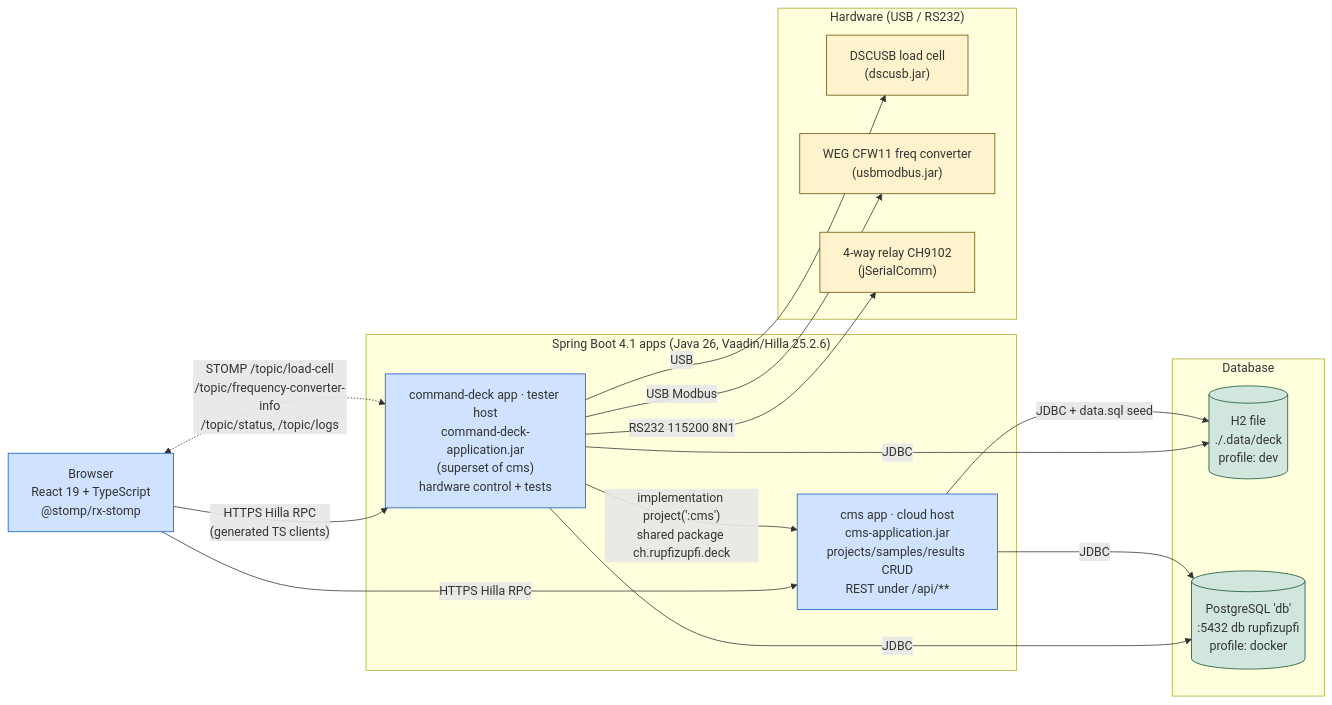
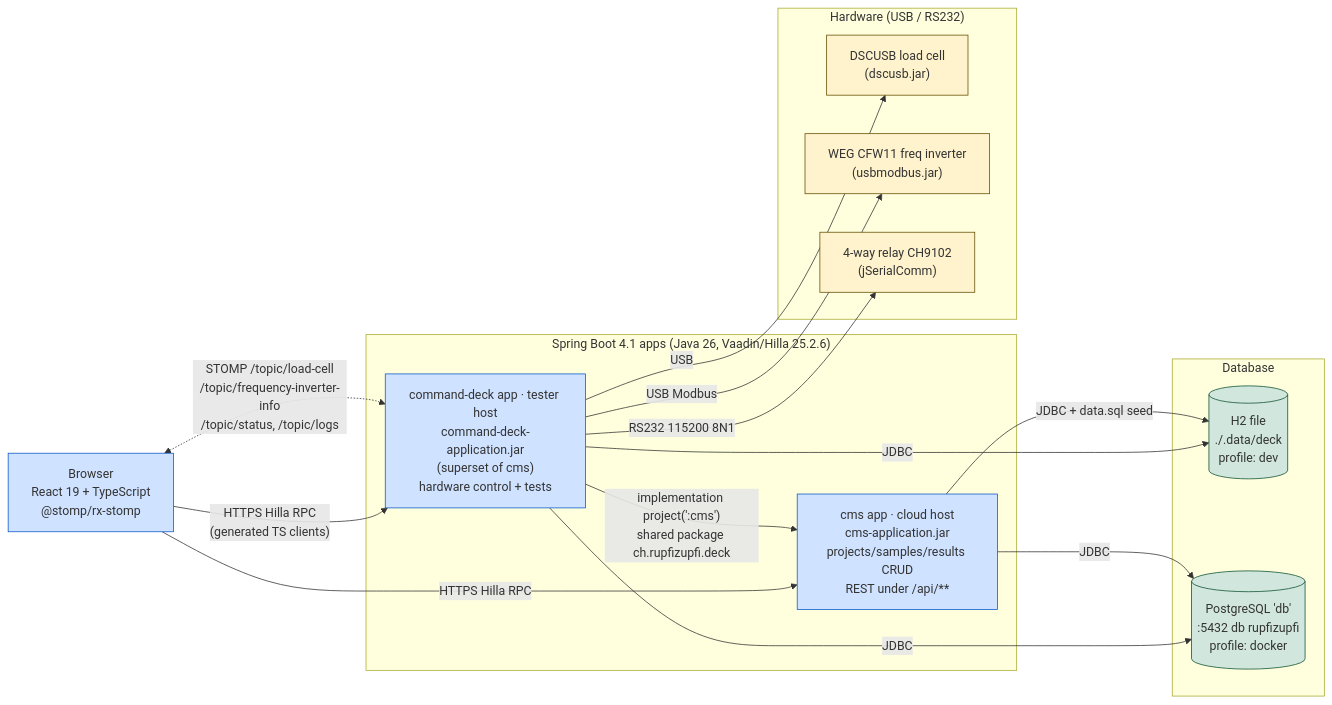
Before and after one commit to rupfizupfi/breaktest-command-deck: the second of 2 diagrams in doc/01-overview/system-architecture.md, drawn with Mermaid. The commit also changed other lines of this file and 29 other files, not shown here.

````diff
--- a/doc/01-overview/system-architecture.md
+++ b/doc/01-overview/system-architecture.md
@@ -54,38 +54,38 @@
 ```mermaid
 flowchart LR
     BR["Browser<br/>React 19 + TypeScript<br/>@stomp/rx-stomp"]:::container
 
     subgraph Apps["Spring Boot 4.1 apps (Java 26, Vaadin/Hilla 25.2.6)"]
         DECK["command-deck app · tester host<br/>command-deck-application.jar<br/>(superset of cms)<br/>hardware control + tests"]:::container
         CMS["cms app · cloud host<br/>cms-application.jar<br/>projects/samples/results CRUD<br/>REST under /api/**"]:::container
     end
 
     subgraph DB["Database"]
         H2[("H2 file<br/>./.data/deck<br/>profile: dev")]:::store
         PG[("PostgreSQL 'db'<br/>:5432 db rupfizupfi<br/>profile: docker")]:::store
     end
 
     subgraph HW["Hardware (USB / RS232)"]
         LC["DSCUSB load cell<br/>(dscusb.jar)"]:::hw
-        CFW["WEG CFW11 freq converter<br/>(usbmodbus.jar)"]:::hw
+        CFW["WEG CFW11 freq inverter<br/>(usbmodbus.jar)"]:::hw
         REL["4-way relay CH9102<br/>(jSerialComm)"]:::hw
     end
 
     BR -- "HTTPS Hilla RPC<br/>(generated TS clients)" --> DECK
     BR -- "HTTPS Hilla RPC" --> CMS
-    BR <-. "STOMP /topic/load-cell<br/>/topic/frequency-converter-info<br/>/topic/status, /topic/logs" .-> DECK
+    BR <-. "STOMP /topic/load-cell<br/>/topic/frequency-inverter-info<br/>/topic/status, /topic/logs" .-> DECK
 
     DECK -- "implementation project(':cms')<br/>shared package ch.rupfizupfi.deck" --> CMS
     DECK -- "JDBC" --> H2
     DECK -- "JDBC" --> PG
     CMS -- "JDBC + data.sql seed" --> H2
     CMS -- "JDBC" --> PG
 
     DECK -- "USB" --> LC
     DECK -- "USB Modbus" --> CFW
     DECK -- "RS232 115200 8N1" --> REL
 
     classDef container fill:#cfe2ff,stroke:#0a58ca
     classDef store fill:#d1e7dd,stroke:#0f5132
     classDef hw fill:#fff3cd,stroke:#664d03
 ```
````
